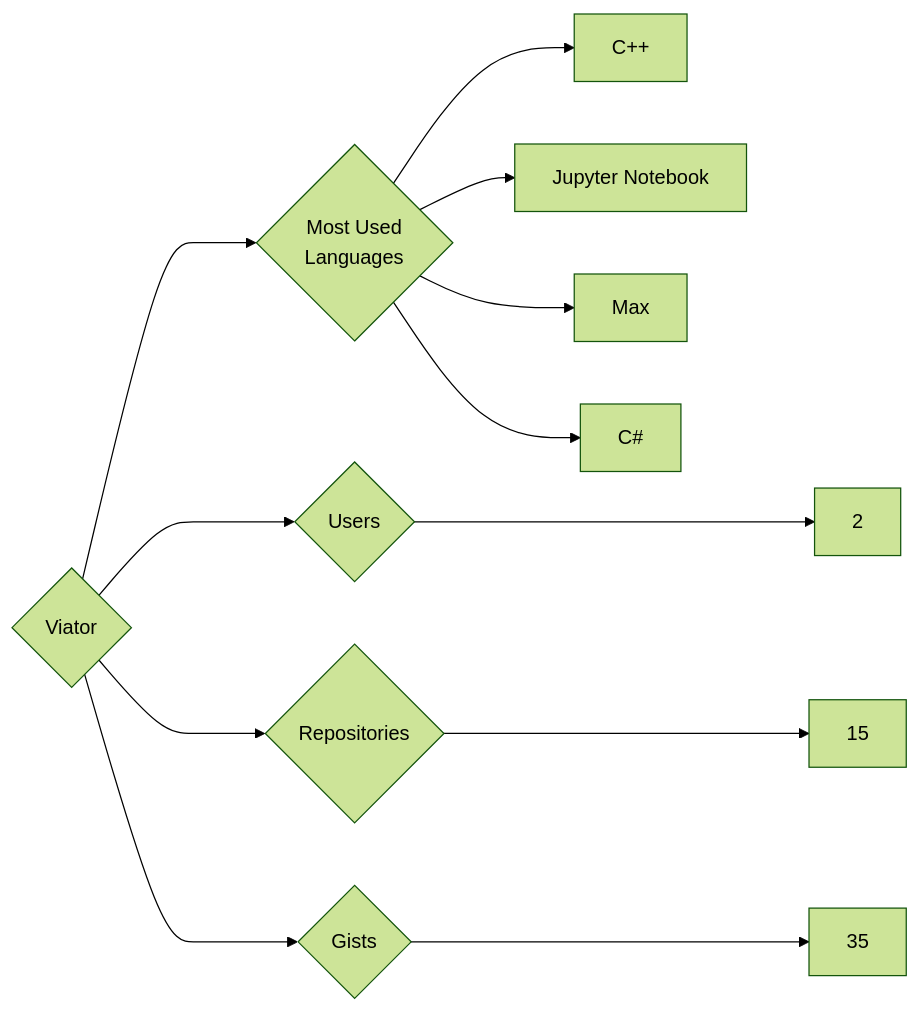
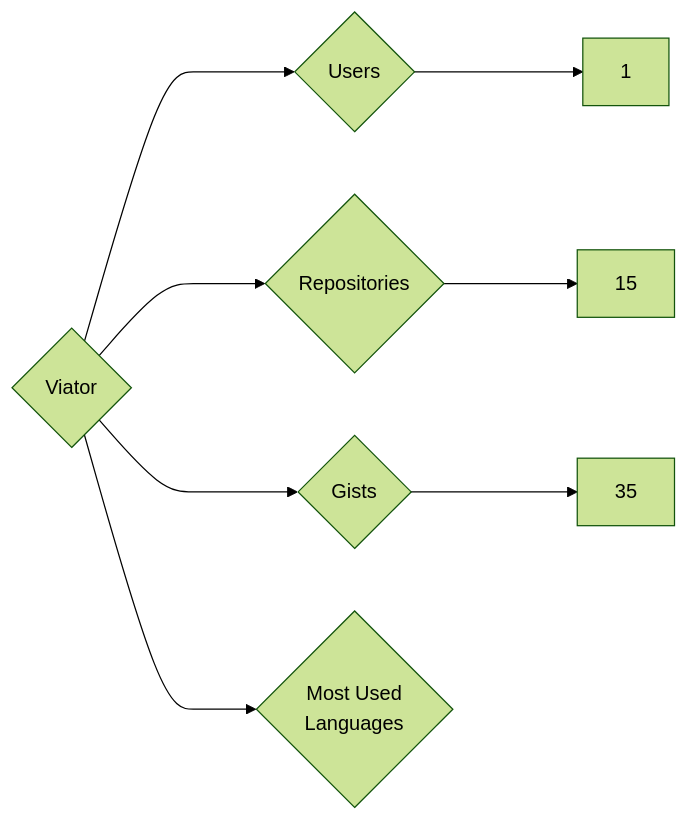
One commit to trickest/insiders changed the diagram in targets/Viator/README.md. Above: the diagram before and after it, drawn with Mermaid (forest theme). The commit also changed 773 other files, not shown here.

````diff
--- a/targets/Viator/README.md
+++ b/targets/Viator/README.md
@@ -3,12 +3,8 @@
 ```mermaid
 graph LR
 COMPANY_NAME{Viator}
-COMPANY_NAME ---> U{Users} ---> UN[2]
+COMPANY_NAME ---> U{Users} ---> UN[1]
 COMPANY_NAME ---> R{Repositories} ---> RN[15]
 COMPANY_NAME ---> G{Gists} ---> GN[35]
 COMPANY_NAME ---> ML{Most Used<br>Languages}
-ML --> C++[C++]
-ML --> Jupyter_Notebook[Jupyter Notebook]
-ML --> Max[Max]
-ML --> C#[C#]
 ```
````
